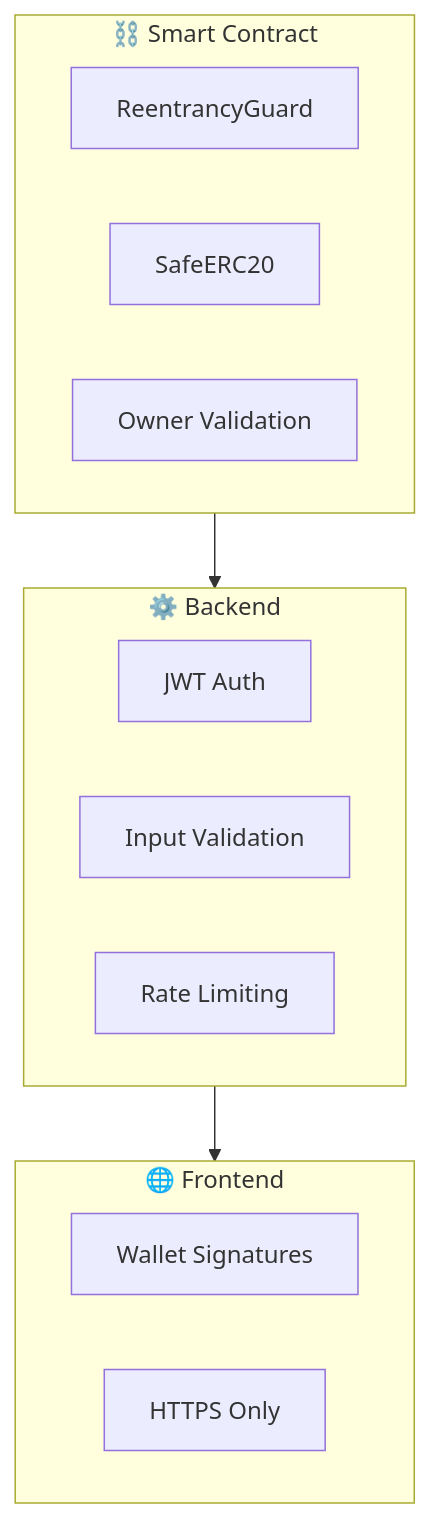
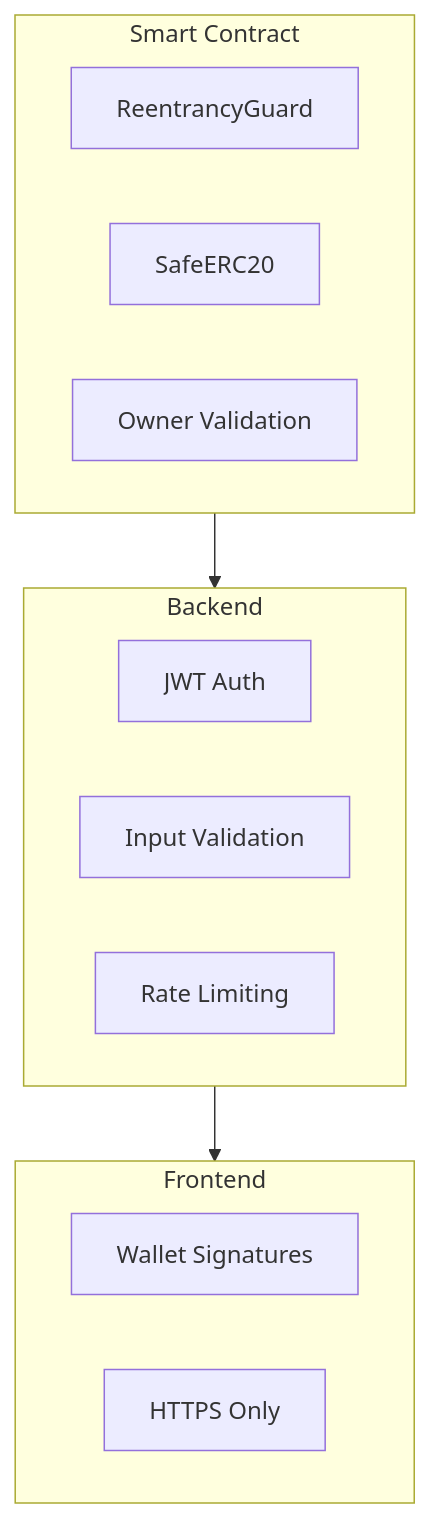
Before and after one commit to CrowdFUNding-Base/SC: the eighth of 8 diagrams in pitching/Products/8. How CrowdFUNding Works.md, drawn with Mermaid. The commit also changed other lines of this file and 12 other files, not shown here.

````diff
--- a/pitching/Products/8. How CrowdFUNding Works.md
+++ b/pitching/Products/8. How CrowdFUNding Works.md
@@ -293,21 +293,21 @@
 ```mermaid
 flowchart TB
-    subgraph SC["⛓️ Smart Contract"]
+    subgraph SC["Smart Contract"]
         Re["ReentrancyGuard"]
         Safe["SafeERC20"]
         Owner["Owner Validation"]
     end
 
-    subgraph BE["⚙️ Backend"]
+    subgraph BE["Backend"]
         JWT["JWT Auth"]
         Val["Input Validation"]
         Rate["Rate Limiting"]
     end
 
-    subgraph FE["🌐 Frontend"]
+    subgraph FE["Frontend"]
         Wallet["Wallet Signatures"]
         HTTPS["HTTPS Only"]
     end
 
     SC --> BE --> FE
 ```
````
